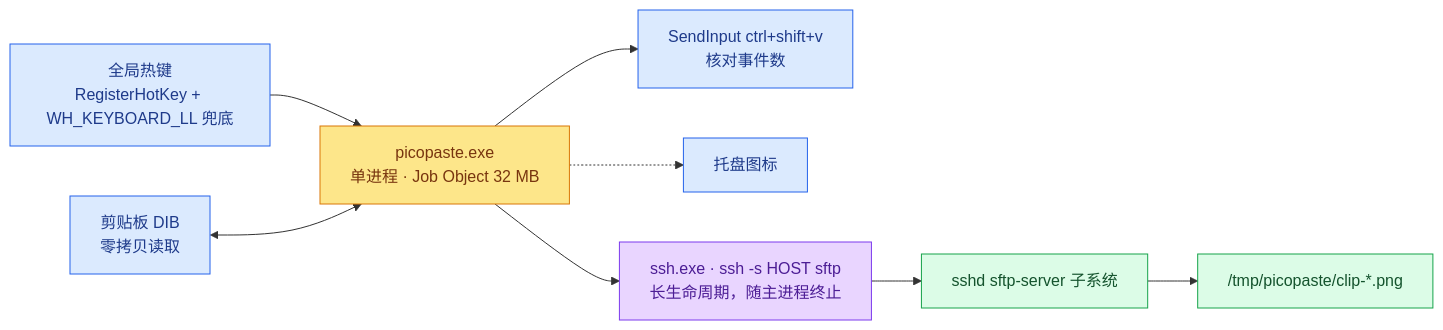
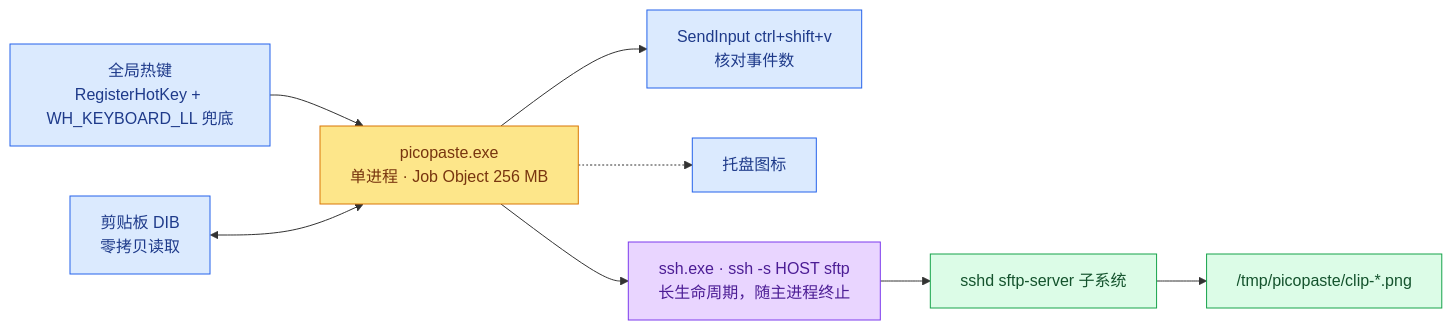
The first of 3 diagrams in README_zh.md (DeguiLiu/picopaste), drawn with Mermaid before and after one commit. The commit also changed other lines of this file and 12 other files, not shown here.

````diff
--- a/README_zh.md
+++ b/README_zh.md
@@ -13,22 +13,22 @@
 ```mermaid
 flowchart LR
   HK["全局热键<br/>RegisterHotKey + WH_KEYBOARD_LL 兜底"]:::win
   CL["剪贴板 DIB<br/>零拷贝读取"]:::win
   IN["SendInput ctrl+shift+v<br/>核对事件数"]:::win
   TR["托盘图标"]:::win
-  PP["picopaste.exe<br/>单进程 · Job Object 32 MB"]:::core
+  PP["picopaste.exe<br/>单进程 · Job Object 256 MB"]:::core
   SS["ssh.exe · ssh -s HOST sftp<br/>长生命周期，随主进程终止"]:::chan
   SF["sshd sftp-server 子系统"]:::rem
   RF["/tmp/picopaste/clip-*.png"]:::rem
   HK --> PP
   CL <--> PP
   PP --> IN
   PP -.-> TR
   PP --> SS
   SS --> SF
   SF --> RF
   classDef win fill:#dbeafe,stroke:#2563eb,color:#1e3a8a
   classDef core fill:#fde68a,stroke:#d97706,color:#78350f
   classDef chan fill:#e9d5ff,stroke:#7c3aed,color:#4c1d95
   classDef rem fill:#dcfce7,stroke:#16a34a,color:#14532d
 ```
````
